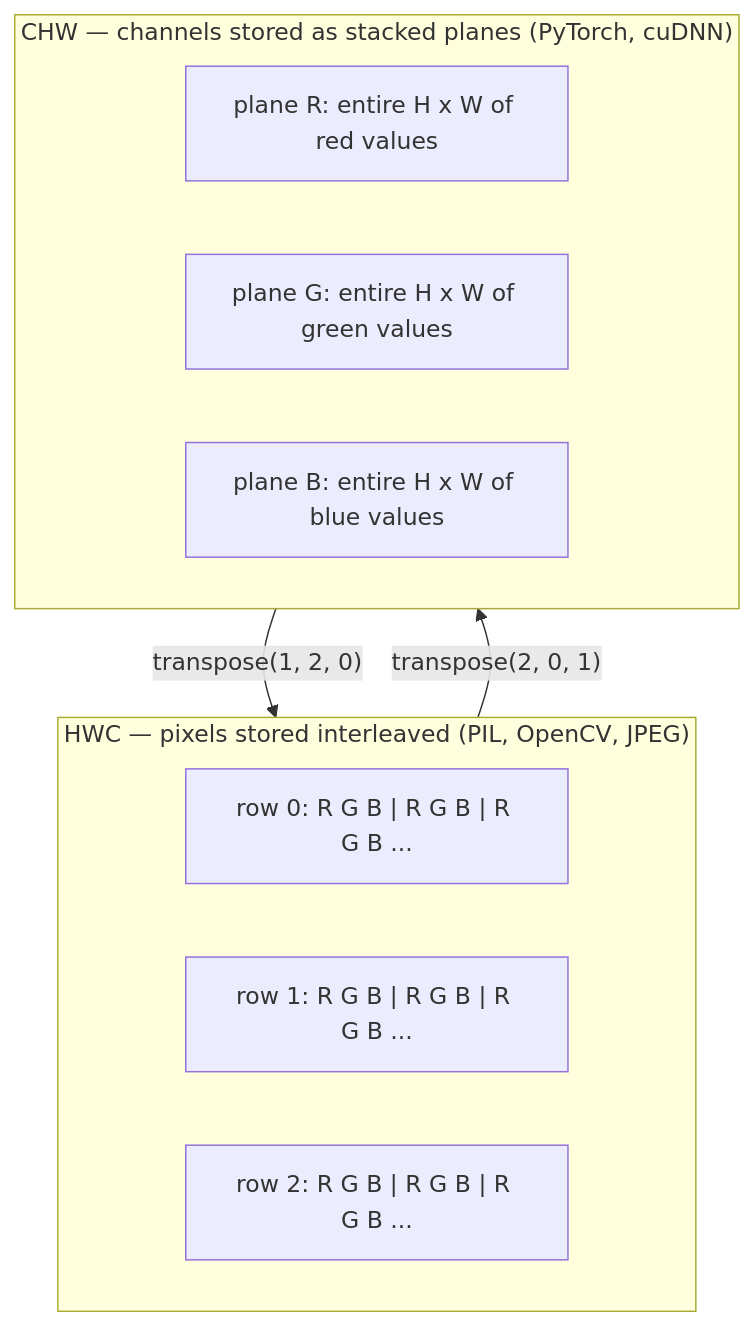
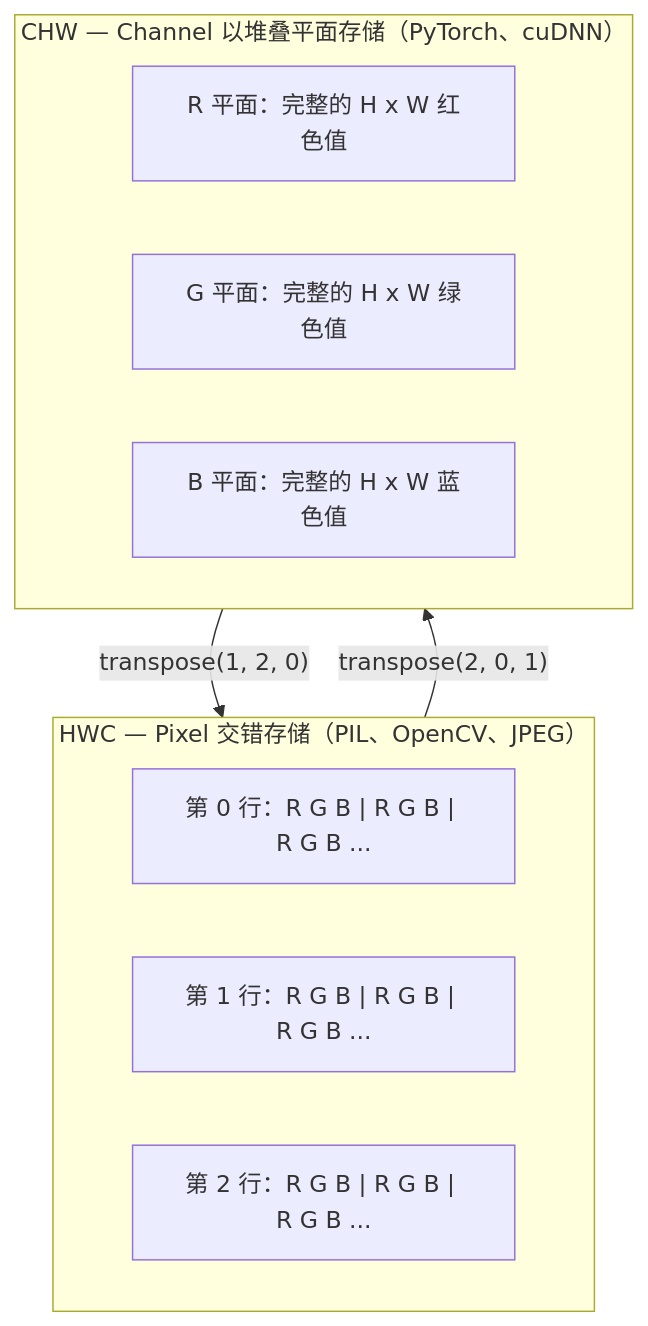
One commit to cluster1900/ai-engineering-from-scratch-zh changed the second of 2 diagrams in phases/04-computer-vision/01-image-fundamentals/docs/en.md. Above: the diagram before and after it, drawn with Mermaid. The commit also changed other lines of this file and 2 other files, not shown here.

````diff
--- a/phases/04-computer-vision/01-image-fundamentals/docs/en.md
+++ b/phases/04-computer-vision/01-image-fundamentals/docs/en.md
@@ -121,15 +121,15 @@
 ```mermaid
 flowchart TB
-    subgraph HWC["HWC — pixels stored interleaved (PIL, OpenCV, JPEG)"]
-        H1["row 0: R G B | R G B | R G B ..."]
-        H2["row 1: R G B | R G B | R G B ..."]
-        H3["row 2: R G B | R G B | R G B ..."]
+    subgraph HWC["HWC — Pixel 交错存储（PIL、OpenCV、JPEG）"]
+        H1["第 0 行：R G B | R G B | R G B ..."]
+        H2["第 1 行：R G B | R G B | R G B ..."]
+        H3["第 2 行：R G B | R G B | R G B ..."]
     end
-    subgraph CHW["CHW — channels stored as stacked planes (PyTorch, cuDNN)"]
-        C1["plane R: entire H x W of red values"]
-        C2["plane G: entire H x W of green values"]
-        C3["plane B: entire H x W of blue values"]
+    subgraph CHW["CHW — Channel 以堆叠平面存储（PyTorch、cuDNN）"]
+        C1["R 平面：完整的 H x W 红色值"]
+        C2["G 平面：完整的 H x W 绿色值"]
+        C3["B 平面：完整的 H x W 蓝色值"]
     end
     HWC -->|"transpose(2, 0, 1)"| CHW
     CHW -->|"transpose(1, 2, 0)"| HWC
 ```
````
